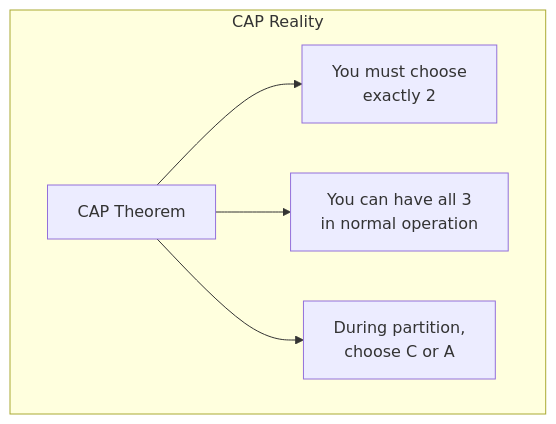
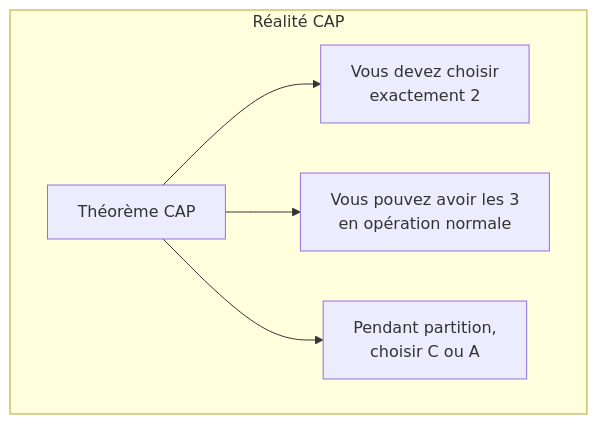
Diagram 12 of 12 in src/data-store/02-cap-theorem.md (dardourimohamed/distributed-systems-course), drawn with Mermaid before and after one commit. The commit also changed other lines of this file and 38 other files, not shown here.

````diff
--- a/src/data-store/02-cap-theorem.md
+++ b/src/data-store/02-cap-theorem.md
@@ -318,10 +318,10 @@
 ```mermaid
 graph TB
-    subgraph "CAP Reality"
-        CAP["CAP Theorem"]
+    subgraph "Réalité CAP"
+        CAP["Théorème CAP"]
 
-        CAP --> Misconception["You must choose<br/>exactly 2"]
-        CAP --> Reality["You can have all 3<br/>in normal operation"]
-        CAP --> Truth["During partition,<br/>choose C or A"]
+        CAP --> Malcompréhension["Vous devez choisir<br/>exactement 2"]
+        CAP --> Réalité["Vous pouvez avoir les 3<br/>en opération normale"]
+        CAP --> Vérité["Pendant partition,<br/>choisir C ou A"]
     end
 ```
````
